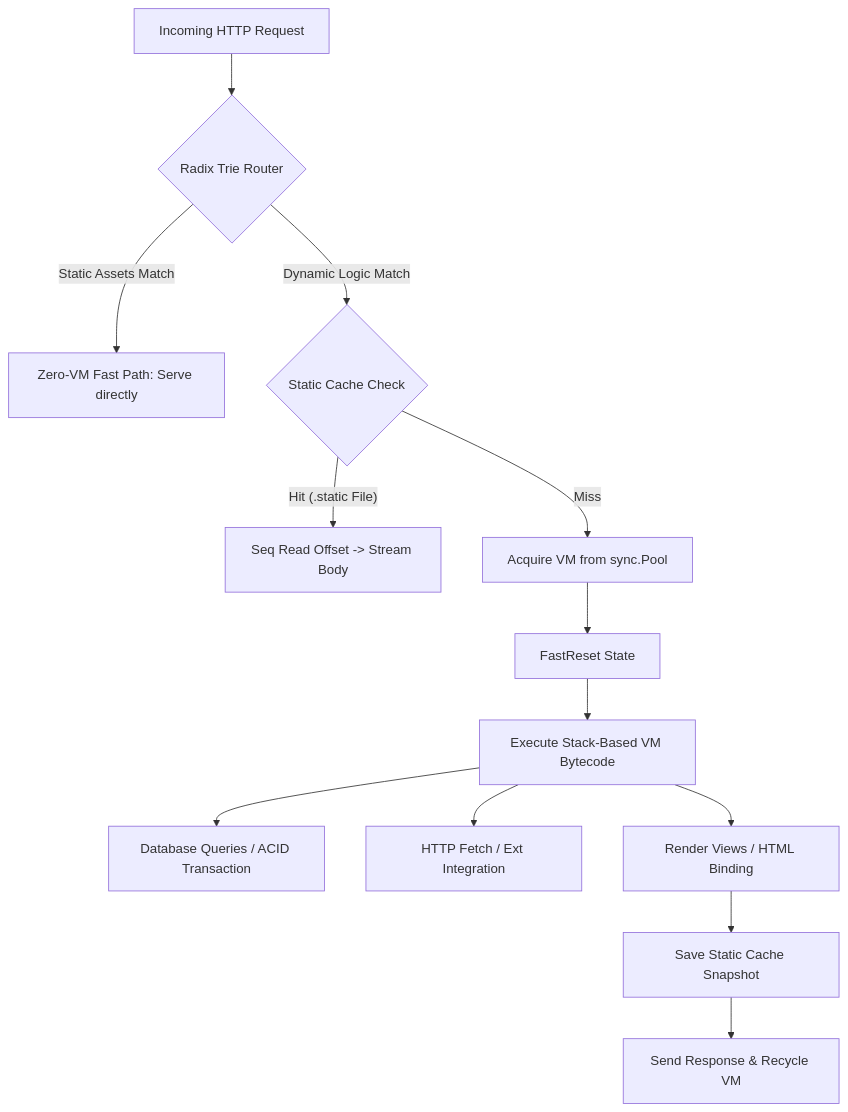
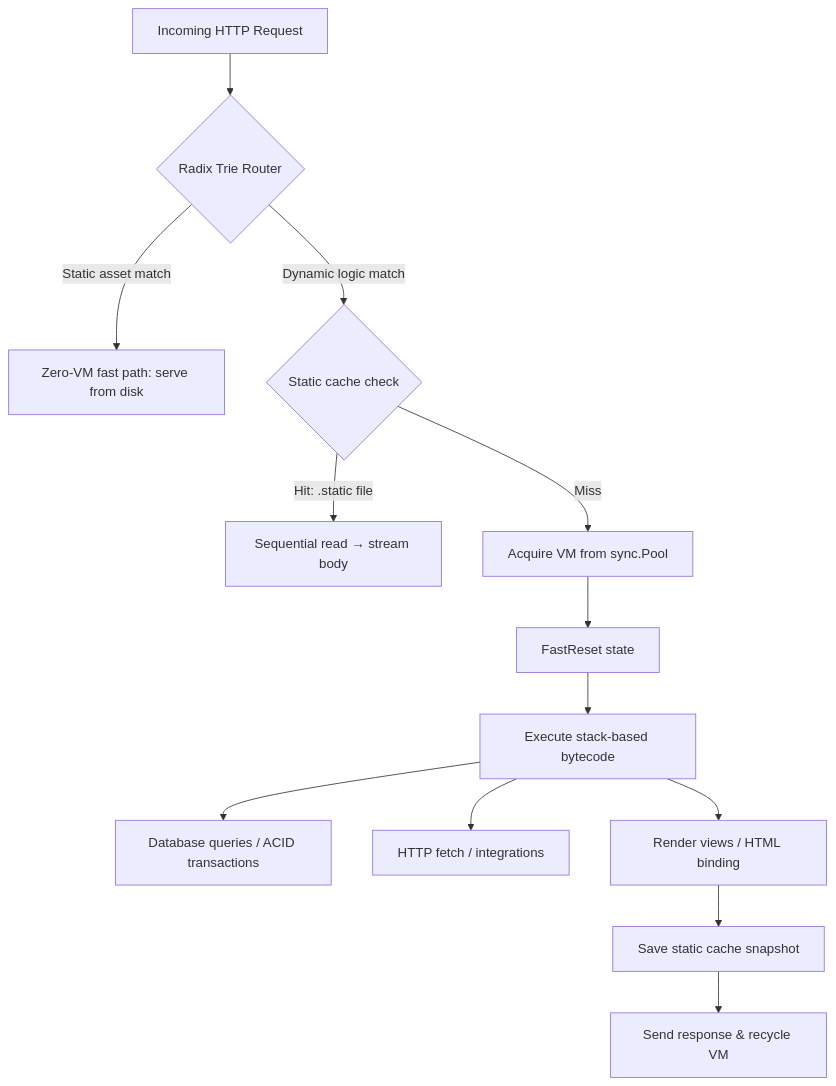
The diagram in readme.md (kitwork/engine), drawn with Mermaid before and after one commit. The commit also changed other lines of this file, not shown here.

````diff
--- a/readme.md
+++ b/readme.md
@@ -109,15 +178,15 @@
 ```mermaid
 graph TD
     A[Incoming HTTP Request] --> B{Radix Trie Router}
-    B -- Static Assets Match --> C[Zero-VM Fast Path: Serve directly]
-    B -- Dynamic Logic Match --> D{Static Cache Check}
-    D -- Hit (.static File) --> E[Seq Read Offset -> Stream Body]
+    B -- Static asset match --> C[Zero-VM fast path: serve from disk]
+    B -- Dynamic logic match --> D{Static cache check}
+    D -- Hit: .static file --> E[Sequential read → stream body]
     D -- Miss --> F[Acquire VM from sync.Pool]
-    F --> G[FastReset State]
-    G --> H[Execute Stack-Based VM Bytecode]
-    H --> I[Database Queries / ACID Transaction]
-    H --> J[HTTP Fetch / Ext Integration]
-    H --> K[Render Views / HTML Binding]
-    K --> L[Save Static Cache Snapshot]
-    L --> M[Send Response & Recycle VM]
+    F --> G[FastReset state]
+    G --> H[Execute stack-based bytecode]
+    H --> I[Database queries / ACID transactions]
+    H --> J[HTTP fetch / integrations]
+    H --> K[Render views / HTML binding]
+    K --> L[Save static cache snapshot]
+    L --> M[Send response & recycle VM]
 ```
````
